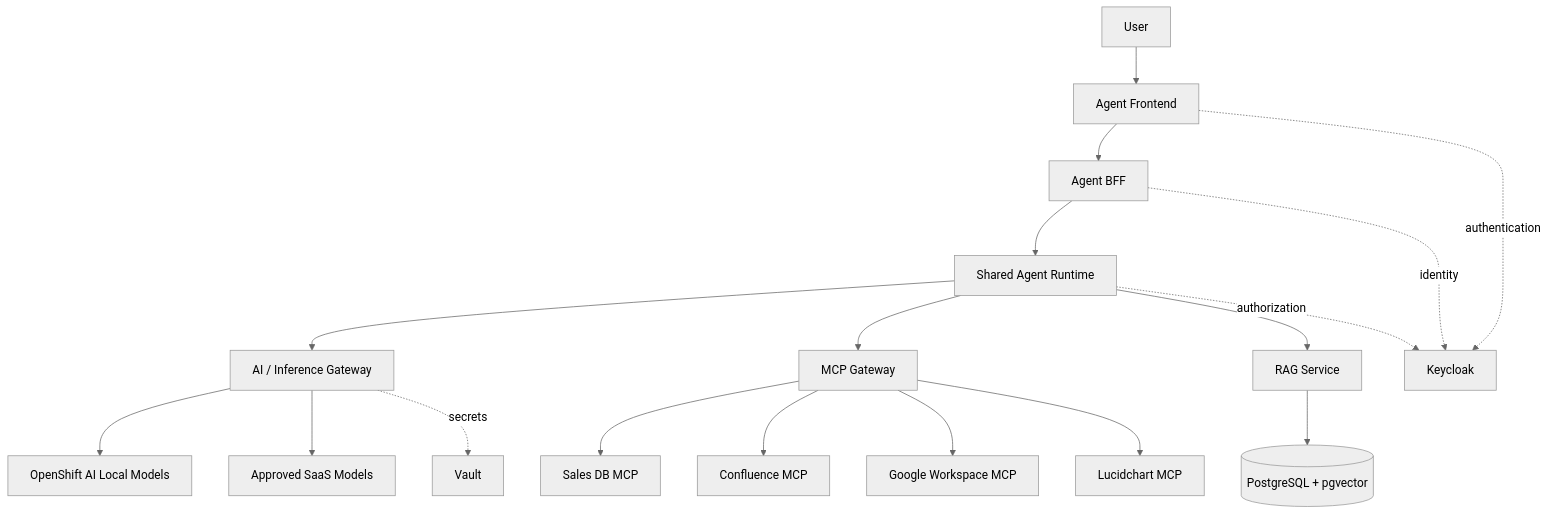
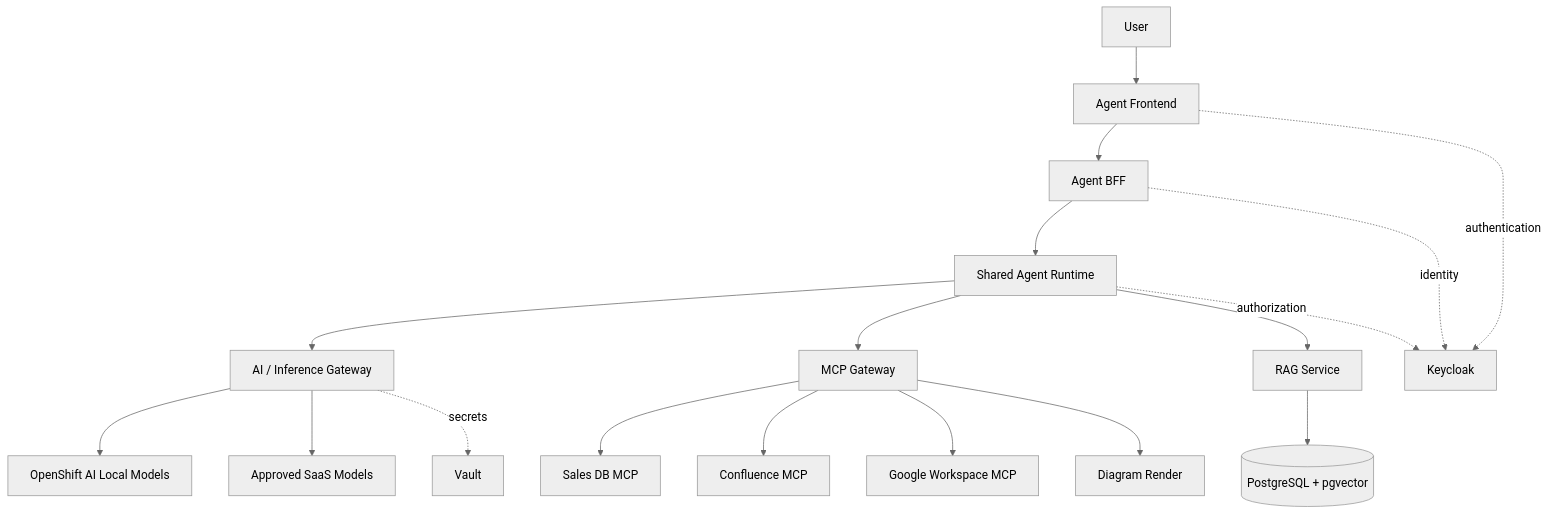
Before and after one commit to startxfr/zuno-demo: the diagram in docs/architecture/logical-architecture.md, drawn with Mermaid (neutral theme). The commit also changed 10 other files, not shown here.

````diff
--- a/docs/architecture/logical-architecture.md
+++ b/docs/architecture/logical-architecture.md
@@ -3,20 +3,20 @@
 ```mermaid
 flowchart TB
     U[User] --> FE[Agent Frontend]
     FE --> BFF[Agent BFF]
     BFF --> RT[Shared Agent Runtime]
     RT --> AIGW[AI / Inference Gateway]
     RT --> MCPGW[MCP Gateway]
     RT --> RAG[RAG Service]
     MCPGW --> MCP1[Sales DB MCP]
     MCPGW --> MCP2[Confluence MCP]
     MCPGW --> MCP3[Google Workspace MCP]
-    MCPGW --> MCP4[Lucidchart MCP]
+    MCPGW --> DR[Diagram Render]
     RAG --> VDB[(PostgreSQL + pgvector)]
     AIGW --> LOCAL[OpenShift AI Local Models]
     AIGW --> SAAS[Approved SaaS Models]
     FE -. authentication .-> KC[Keycloak]
     BFF -. identity .-> KC
     RT -. authorization .-> KC
     AIGW -. secrets .-> VAULT[Vault]
 ```
````
